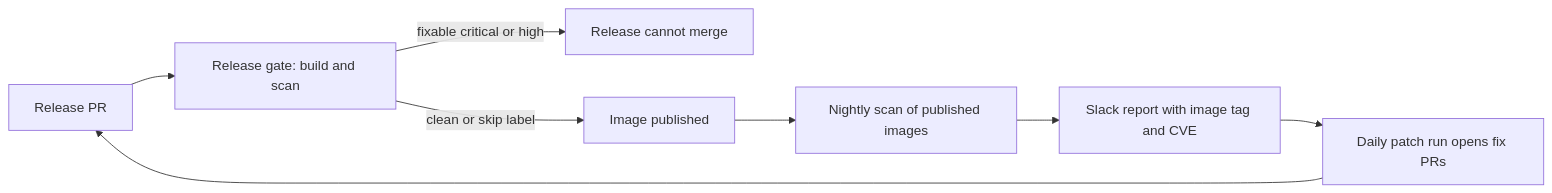
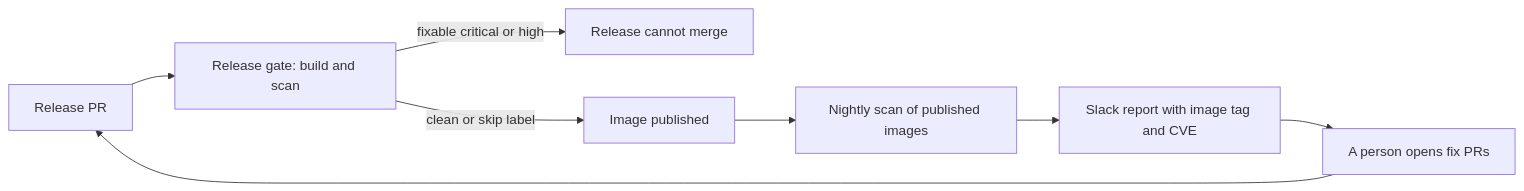
One commit to Unique-AG/connectors changed the first of 4 diagrams in docs/security/image-vulnerabilities.md. Above: the diagram before and after it, drawn with Mermaid. The commit also changed other lines of this file and 4 other files, not shown here.

Commit message:
docs(main): describe a manual dependency review and drop the agent run and the patch automation

````diff
--- a/docs/security/image-vulnerabilities.md
+++ b/docs/security/image-vulnerabilities.md
@@ -8,10 +8,10 @@
 ```mermaid
 flowchart LR
   releasePr[Release PR] --> gate["Release gate: build and scan"]
   gate -->|fixable critical or high| stop[Release cannot merge]
   gate -->|clean or skip label| publish[Image published]
   publish --> scan[Nightly scan of published images]
   scan --> slack[Slack report with image tag and CVE]
-  slack --> patch[Daily patch run opens fix PRs]
-  patch --> releasePr
+  slack --> person[A person opens fix PRs]
+  person --> releasePr
 ```
````
